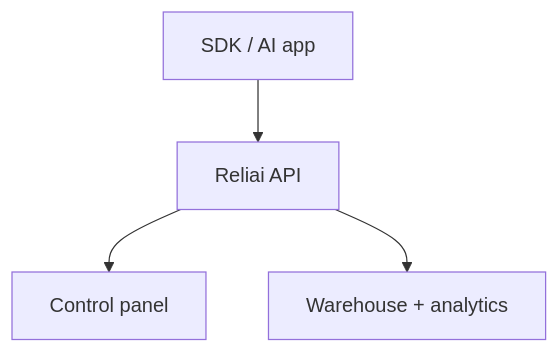
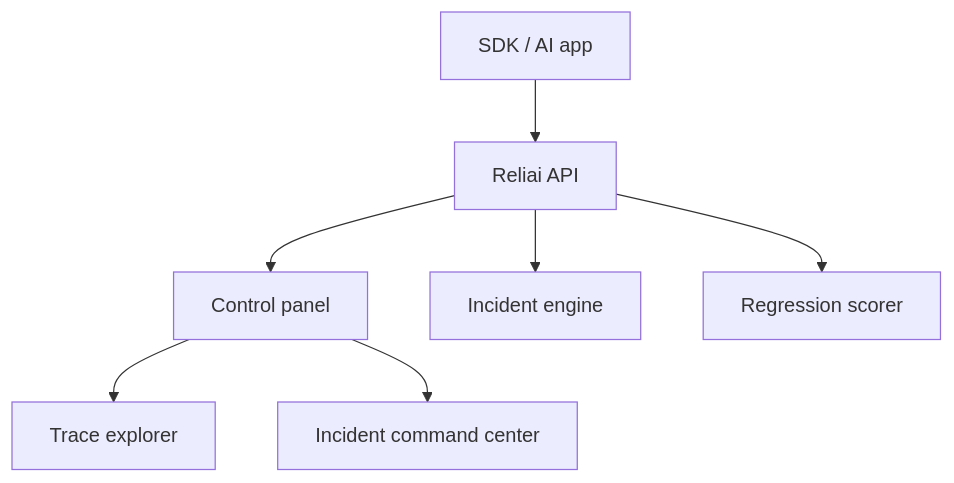
The diagram in repo-templates/reliai/README.md (Reliailabs/reliai), drawn with Mermaid before and after one commit. The commit also changed other lines of this file and 18 other files, not shown here.

````diff
--- a/repo-templates/reliai/README.md
+++ b/repo-templates/reliai/README.md
@@ -62,6 +50,9 @@
 ```mermaid
 flowchart TD
     A["SDK / AI app"] --> B["Reliai API"]
     B --> C["Control panel"]
-    B --> D["Warehouse + analytics"]
+    B --> D["Incident engine"]
+    B --> E["Regression scorer"]
+    C --> F["Trace explorer"]
+    C --> G["Incident command center"]
 ```
````
